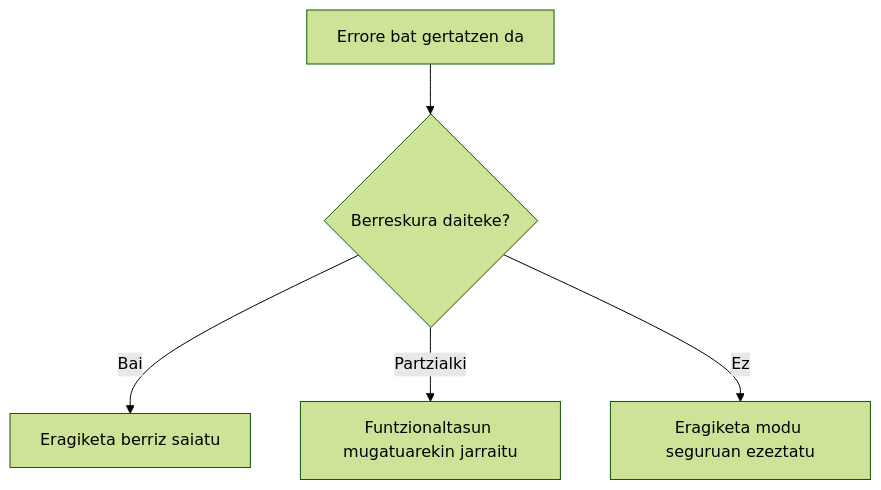
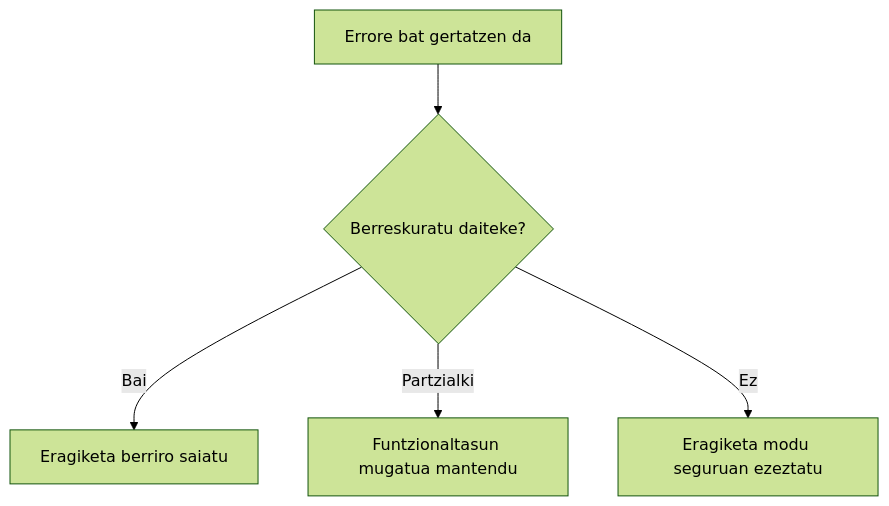
The fourth of 5 diagrams in docs/eu/2.desarrollo-seguro/3.gestion-de-errores.md (DAW-Resources-FPTxurdinaga/DW3_DesarrolloWebSeguro_2026-27), drawn with Mermaid (forest theme) before and after one commit. The commit also changed other lines of this file and 302 other files, not shown here.

````diff
--- a/docs/eu/2.desarrollo-seguro/3.gestion-de-errores.md
+++ b/docs/eu/2.desarrollo-seguro/3.gestion-de-errores.md
@@ -592,11 +591,11 @@
 ```mermaid
 flowchart TD
 
-A[Errore bat gertatzen da] --> B{Berreskura daiteke?}
+A[Errore bat gertatzen da] --> B{Berreskuratu daiteke?}
 
-B -->|Bai| C[Eragiketa berriz saiatu]
+B -->|Bai| C[Eragiketa berriro saiatu]
 
-B -->|Partzialki| D[Funtzionaltasun mugatuarekin jarraitu]
+B -->|Partzialki| D[Funtzionaltasun mugatua mantendu]
 
 B -->|Ez| E[Eragiketa modu seguruan ezeztatu]
 ```
````
